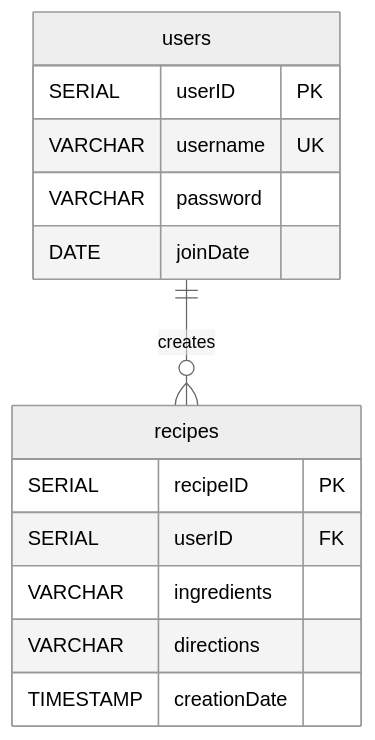
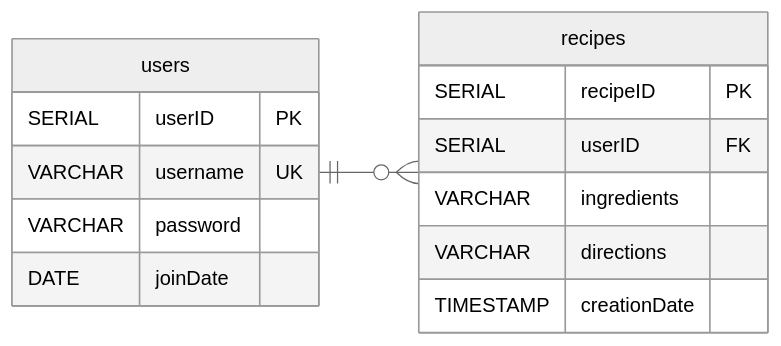
The diagram in README.md (tomomelton/Chefs-Handbook), drawn with Mermaid (neutral theme) before and after one commit. The commit also changed other lines of this file, not shown here.

````diff
--- a/README.md
+++ b/README.md
@@ -14,19 +18,20 @@
 ``` mermaid
 erDiagram
-    users ||--o{ recipes : creates
+    direction LR
+    users ||--o{ recipes : ""
 
     users {
         SERIAL userID PK
         VARCHAR username UK
         VARCHAR password
         DATE joinDate
     }
 
     recipes {
         SERIAL recipeID PK
         SERIAL userID FK
         VARCHAR ingredients
         VARCHAR directions
         TIMESTAMP creationDate
     }
 ```
````
